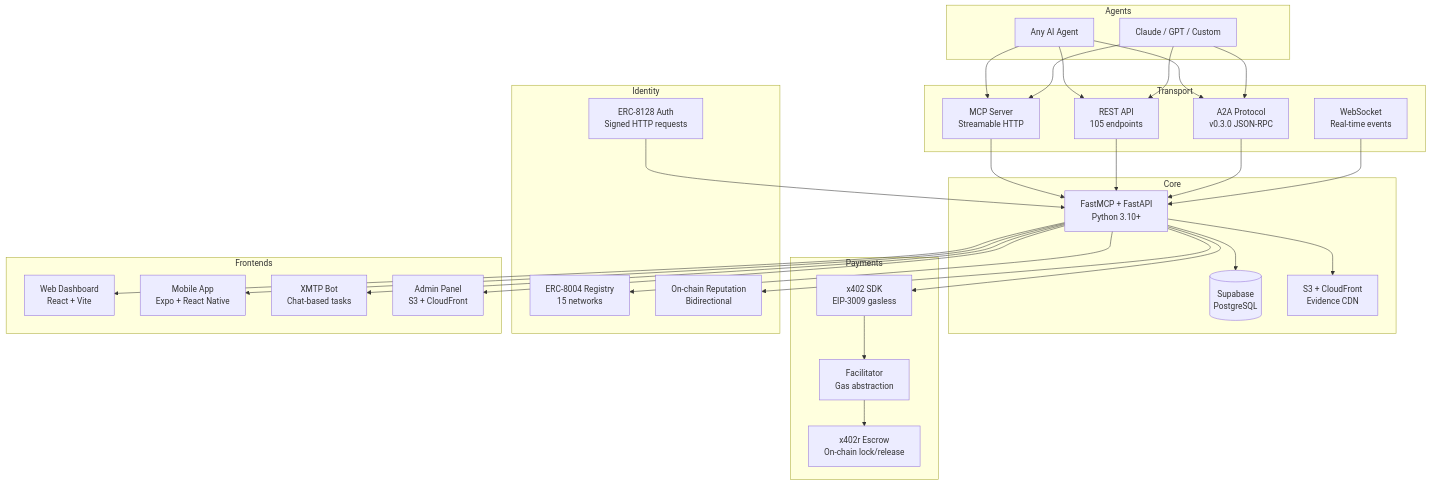
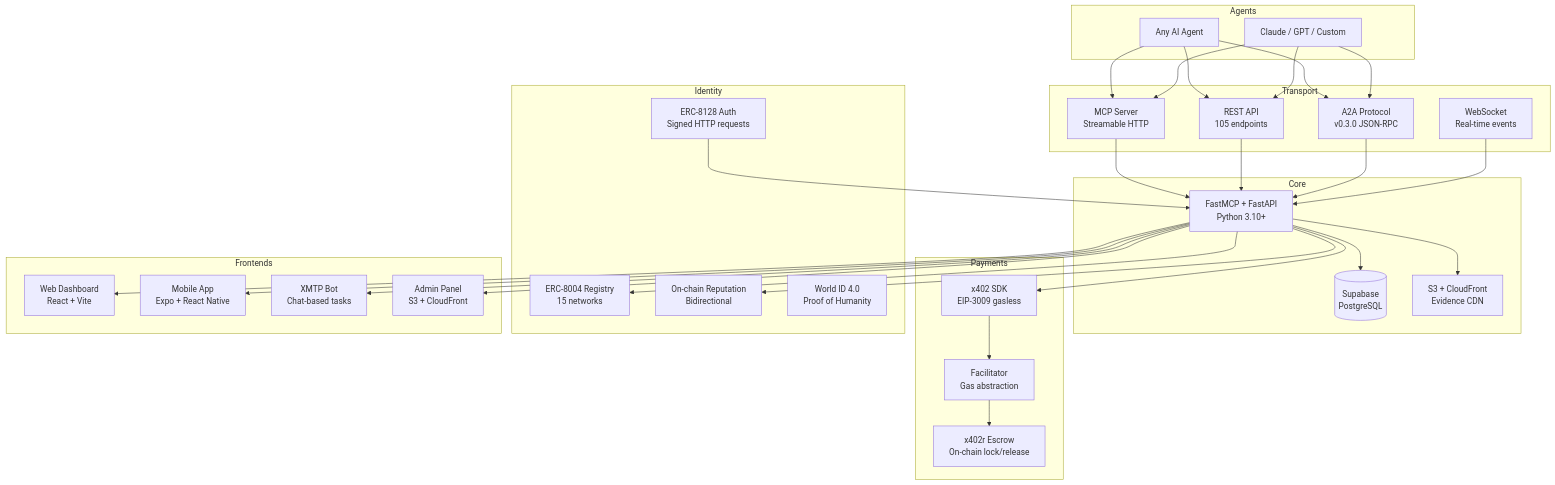
The second of 5 diagrams in README.md (UltravioletaDAO/execution-market), drawn with Mermaid before and after one commit. The commit also changed other lines of this file and 4 other files, not shown here.

````diff
--- a/README.md
+++ b/README.md
@@ -51,48 +51,49 @@
 ```mermaid
 graph TB
     subgraph Agents
         A1[Any AI Agent]
         A2[Claude / GPT / Custom]
     end
 
     subgraph Transport
         MCP[MCP Server<br/>Streamable HTTP]
         REST[REST API<br/>105 endpoints]
         A2A[A2A Protocol<br/>v0.3.0 JSON-RPC]
         WS[WebSocket<br/>Real-time events]
     end
 
     subgraph Core
         API[FastMCP + FastAPI<br/>Python 3.10+]
         DB[(Supabase<br/>PostgreSQL)]
         S3[S3 + CloudFront<br/>Evidence CDN]
     end
 
     subgraph Payments
         SDK[x402 SDK<br/>EIP-3009 gasless]
         ESC[x402r Escrow<br/>On-chain lock/release]
         FAC[Facilitator<br/>Gas abstraction]
     end
 
     subgraph Identity
         ERC[ERC-8004 Registry<br/>15 networks]
         REP[On-chain Reputation<br/>Bidirectional]
         AUTH[ERC-8128 Auth<br/>Signed HTTP requests]
+        WID[World ID 4.0<br/>Proof of Humanity]
     end
 
     subgraph Frontends
         DASH[Web Dashboard<br/>React + Vite]
         MOB[Mobile App<br/>Expo + React Native]
         XMTP[XMTP Bot<br/>Chat-based tasks]
         ADMIN[Admin Panel<br/>S3 + CloudFront]
     end
 
     A1 & A2 --> MCP & REST & A2A
     MCP & REST & A2A & WS --> API
     API --> DB & S3
     API --> SDK --> FAC --> ESC
     API --> ERC & REP
     AUTH --> API
     API --> DASH & MOB & XMTP
     API --> ADMIN
 ```
````
